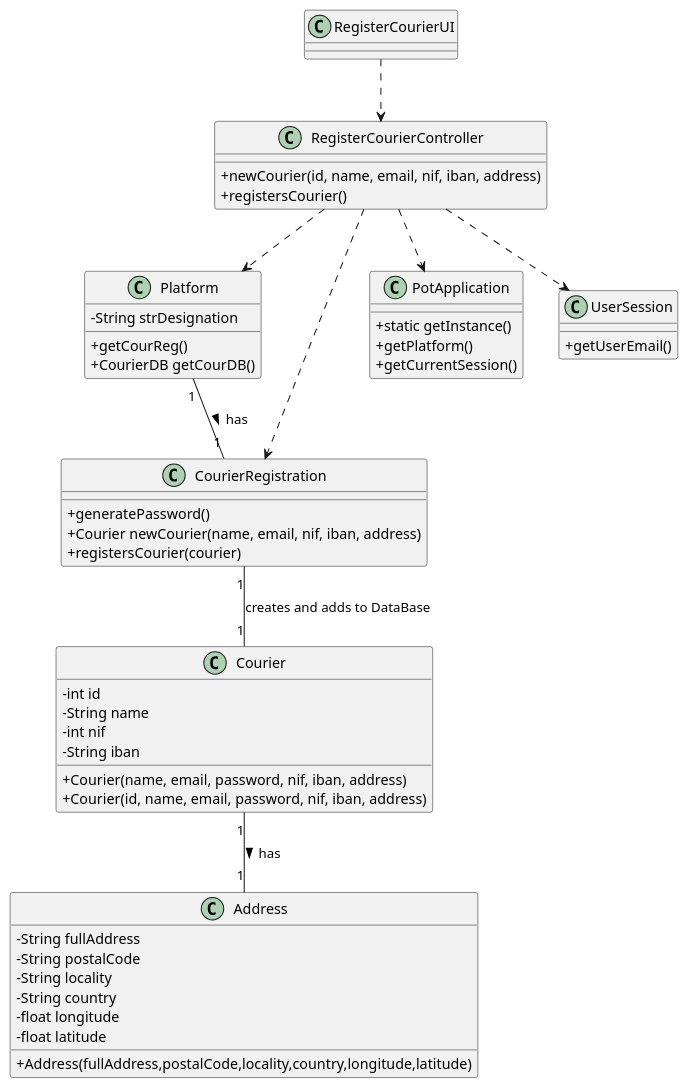
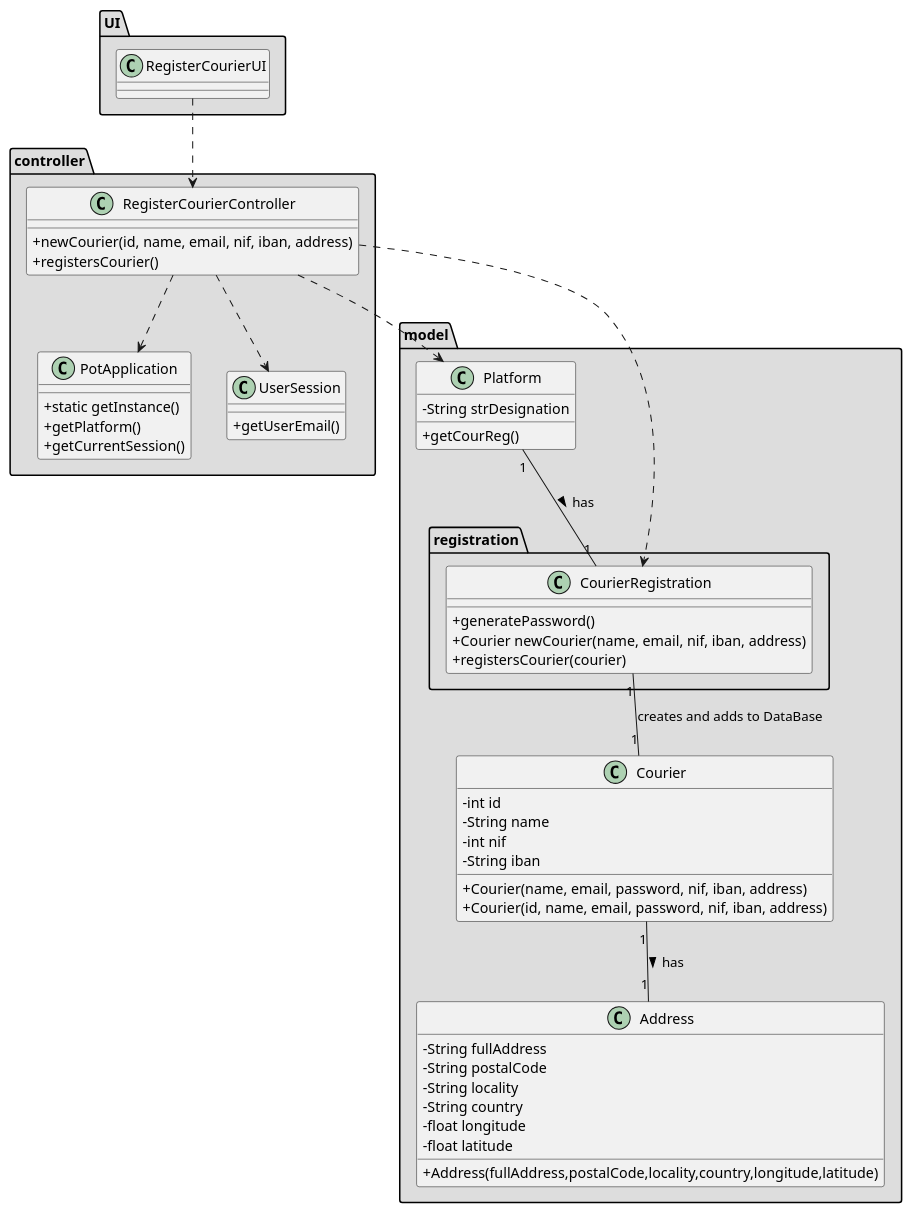
One commit to tiagoavcosta25/LAPR3 changed the diagram in docs/Iteration 1/Courier Management/US19_RegisterCourier/US19_CD.puml. Above: the diagram before and after it, drawn with PlantUML. The commit also changed 27 other files, not shown here.

Commit message:
LAPR2AP2-19 #fix RegisterCourier [Design] LAPR2AP2-49 #close GetDeliveryAddress [Analysis] LAPR2AP2-49 #close GetDeliveryAddress [Design] LAPR2AP2-49 #development GetDeliveryAddress [Implementation]

```diff
--- a/docs/Iteration 1/Courier Management/US19_RegisterCourier/US19_CD.puml
+++ b/docs/Iteration 1/Courier Management/US19_RegisterCourier/US19_CD.puml
@@ -1,78 +1,85 @@
 @startuml
 skinparam classAttributeIconSize 0
 
-
+package "UI" #DDDDDD{
 class RegisterCourierUI {
     
 }
-
+}
+package "controller" #DDDDDD{
 class RegisterCourierController {
     
   +newCourier(id, name, email, nif, iban, address)
   +registersCourier()
 }
-
+class PotApplication
+  {
+    +static getInstance()
+    +getPlatform()
+    +getCurrentSession()
+  }
+class UserSession
+  {
+    +getUserEmail()
+  }
+}
+package "model" #DDDDDD{
 class Platform {
   -String strDesignation
   +getCourReg()
-  +CourierDB getCourDB()
 }
-
-class CourierRegistration {
-
-  +generatePassword()
-  +Courier newCourier(name, email, nif, iban, address)
-  +registersCourier(courier)
-
-}
-
 
 class Courier {
     -int id
     -String name
     -int nif
     -String iban
 
    +Courier(name, email, password, nif, iban, address)
    +Courier(id, name, email, password, nif, iban, address)
 
 }
 
 class Address{
- -String fullAddress
- -String postalCode
- -String locality
- -String country
- -float longitude
- -float latitude
+  -String fullAddress
+  -String postalCode
+  -String locality
+  -String country
+  -float longitude
+  -float latitude
 
-  +Address(fullAddress,postalCode,locality,country,longitude,latitude)
+   +Address(fullAddress,postalCode,locality,country,longitude,latitude)
+
+ }
+
+package "registration" #DDDDDD{
+class CourierRegistration {
+
+  +generatePassword()
+  +Courier newCourier(name, email, nif, iban, address)
+  +registersCourier(courier)
 
 }
-
-class PotApplication
-{
-  +static getInstance()
-  +getPlatform()
-  +getCurrentSession()
+}
 }
 
-class UserSession
-{
-  +getUserEmail()
-}
+
+
+
+
+
 
 Platform "1" -- "1" CourierRegistration: has >
 
 CourierRegistration "1" -- "1" Courier : creates and adds to DataBase
 
 RegisterCourierUI ..> RegisterCourierController
 
 RegisterCourierController ..> Platform
 RegisterCourierController ..> CourierRegistration
 RegisterCourierController ..> PotApplication
 RegisterCourierController ..> UserSession
 
 Courier "1" -- "1" Address: has  >
 
 @enduml
```
